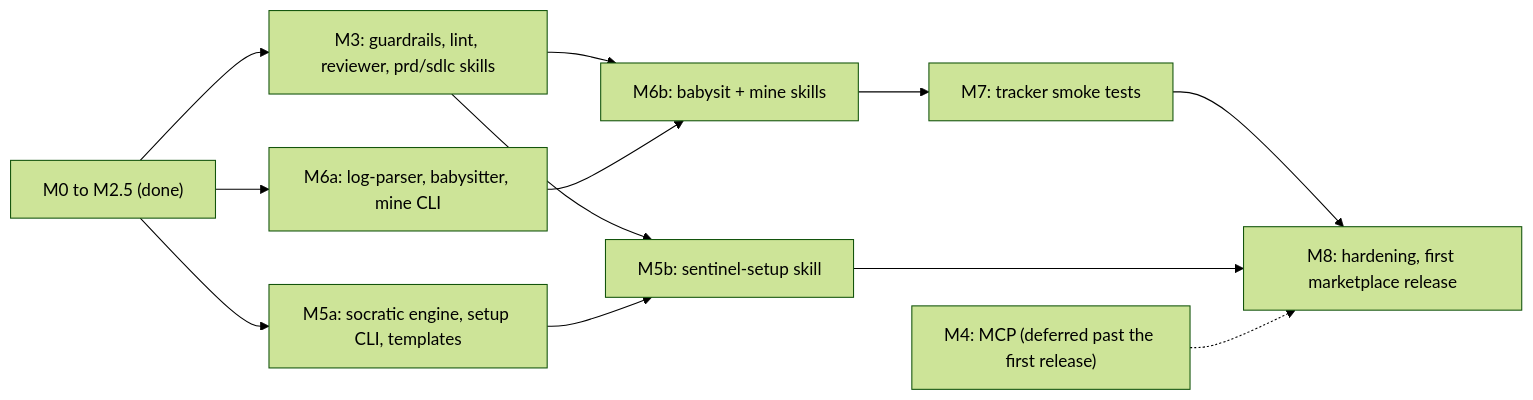
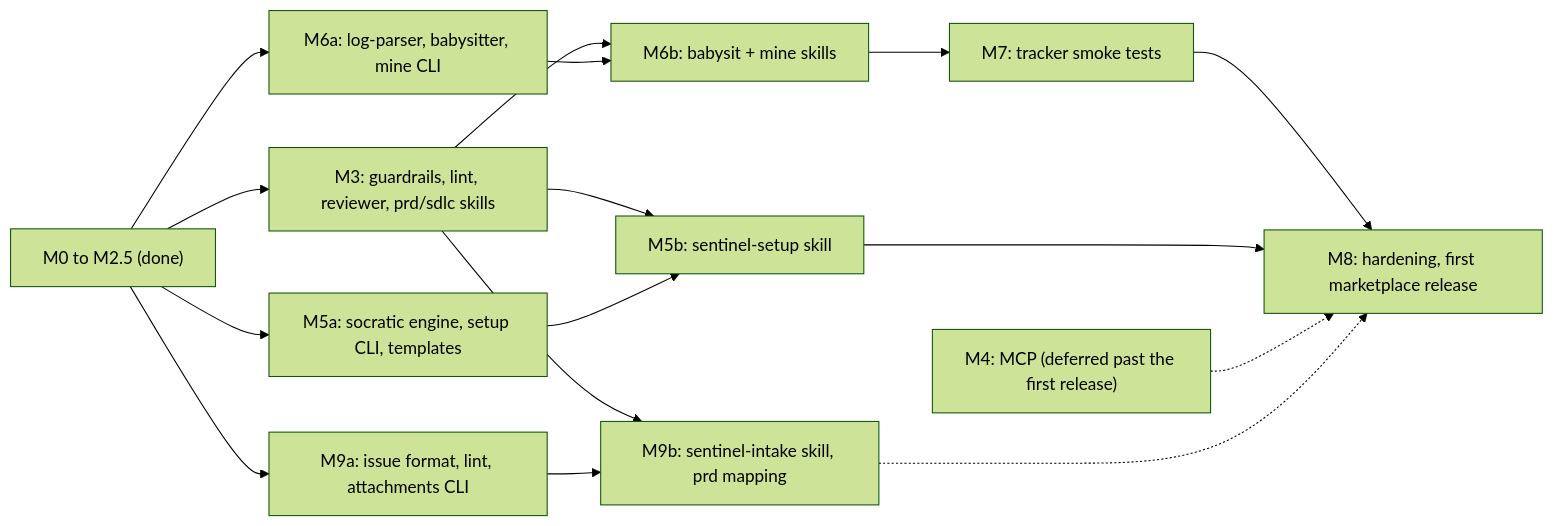
One commit to robert-nagy/sentinel changed the first of 2 diagrams in docs/PLAN.md. Above: the diagram before and after it, drawn with Mermaid (forest theme). The commit also changed other lines of this file and 3 other files, not shown here.

First line of the commit message:
docs: plan sentinel-intake skill and the standard issue format (ADR-0007)

````diff
--- a/docs/PLAN.md
+++ b/docs/PLAN.md
@@ -474,14 +504,18 @@
 ```mermaid
 flowchart LR
   done["M0 to M2.5 (done)"] --> M3["M3: guardrails, lint, reviewer, prd/sdlc skills"]
   done --> M6a["M6a: log-parser, babysitter, mine CLI"]
   done --> M5a["M5a: socratic engine, setup CLI, templates"]
   M3 --> M6b["M6b: babysit + mine skills"]
   M6a --> M6b
   M3 --> M5b["M5b: sentinel-setup skill"]
   M5a --> M5b
   M6b --> M7["M7: tracker smoke tests"]
   M7 --> M8["M8: hardening, first marketplace release"]
   M5b --> M8
   M4["M4: MCP (deferred past the first release)"] -.-> M8
+  done --> M9a["M9a: issue format, lint, attachments CLI"]
+  M3 --> M9b["M9b: sentinel-intake skill, prd mapping"]
+  M9a --> M9b
+  M9b -.-> M8
 ```
````
